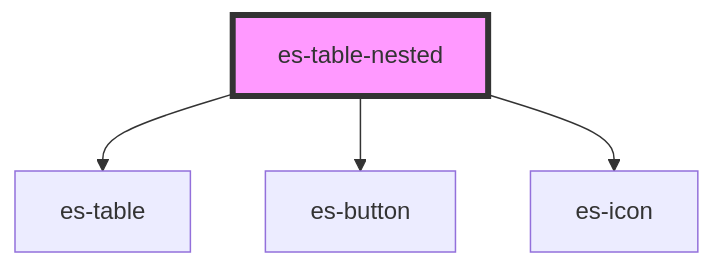
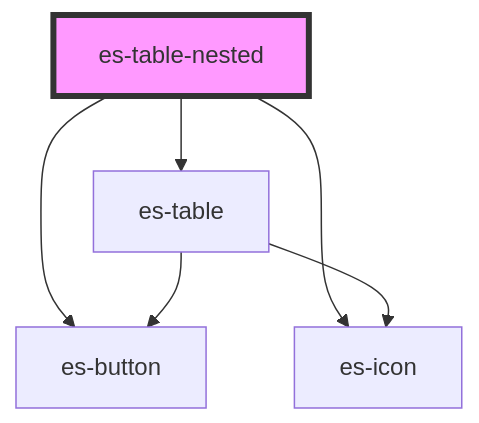
Before and after one commit to EventStore/Design-System: the diagram in packages/components/src/components/tables/es-table-nested/readme.md, drawn with Mermaid. The commit also changed 10 other files, not shown here.

````diff
--- a/packages/components/src/components/tables/es-table-nested/readme.md
+++ b/packages/components/src/components/tables/es-table-nested/readme.md
@@ -49,7 +49,9 @@
 ```mermaid
 graph TD;
   es-table-nested --> es-table
   es-table-nested --> es-button
   es-table-nested --> es-icon
+  es-table --> es-button
+  es-table --> es-icon
   style es-table-nested fill:#f9f,stroke:#333,stroke-width:4px
 ```
````
